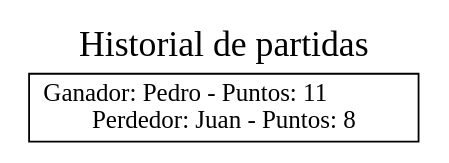
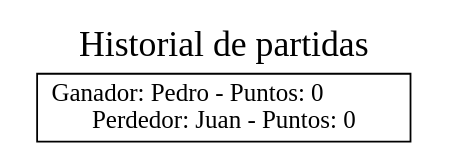
Before and after one commit to elJuanjoRamos/EDD_1S2020_PY1_201801262: the diagram in EDD_Proyecto1/EDD_Proyecto1/HistorialPartidas.dot, drawn with Graphviz. The commit also changed 18 other files, not shown here.

```diff
--- a/EDD_Proyecto1/EDD_Proyecto1/HistorialPartidas.dot
+++ b/EDD_Proyecto1/EDD_Proyecto1/HistorialPartidas.dot
@@ -1,4 +1,4 @@
 digraph G {graph[label="Historial de partidas", labelloc=t, fontsize=20]
 node[shape = box];
-nodo0 [ label ="Ganador: Pedro - Puntos: 11\l Perdedor: Juan - Puntos: 8"];
+nodo0 [ label ="Ganador: Pedro - Puntos: 0\l Perdedor: Juan - Puntos: 0"];
 }
```
